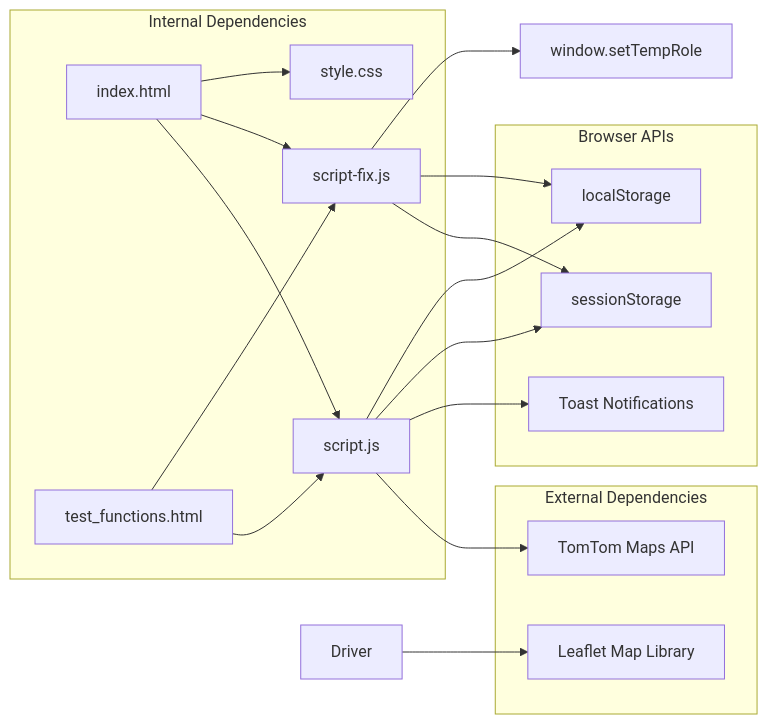
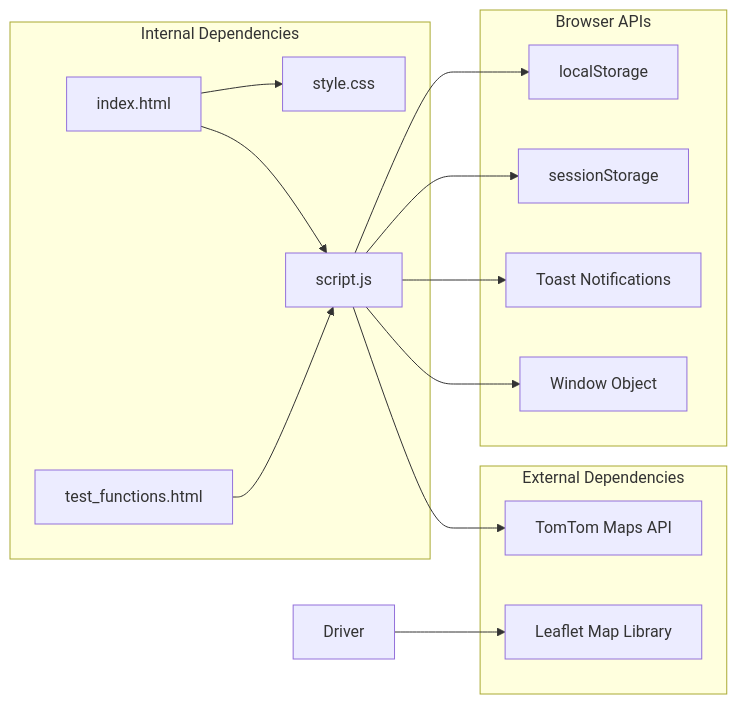
Before and after one commit to Rehanpatel3858/BusTrack-Pro: the tenth of 11 diagrams in .qoder/repowiki/en/content/Authentication System.md, drawn with Mermaid. The commit also changed other lines of this file and 3 other files, not shown here.

````diff
--- a/.qoder/repowiki/en/content/Authentication System.md
+++ b/.qoder/repowiki/en/content/Authentication System.md
@@ -368,32 +459,28 @@
 ```mermaid
 graph LR
 subgraph "Internal Dependencies"
-ScriptFix[script-fix.js]
 Script[script.js]
 Index[index.html]
 Style[style.css]
 TestFunctions[test_functions.html]
 end
 subgraph "External Dependencies"
 TomTom[TomTom Maps API]
 Leaflet[Leaflet Map Library]
 end
 subgraph "Browser APIs"
 LocalStorage[localStorage]
 SessionStorage[sessionStorage]
 Toast[Toast Notifications]
+Window[Window Object]
 end
-ScriptFix --> GlobalWindow[window.setTempRole]
-ScriptFix --> LocalStorage
-ScriptFix --> SessionStorage
 Script --> LocalStorage
 Script --> SessionStorage
 Script --> Toast
+Script --> Window
 Index --> Style
-Index --> ScriptFix
 Index --> Script
-TestFunctions --> ScriptFix
 TestFunctions --> Script
 Script --> TomTom
 Driver --> Leaflet
 ```
````
